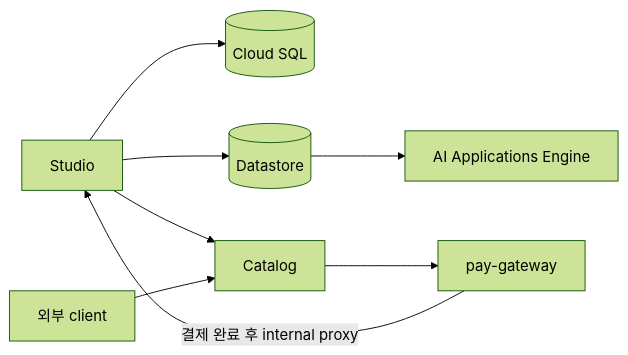
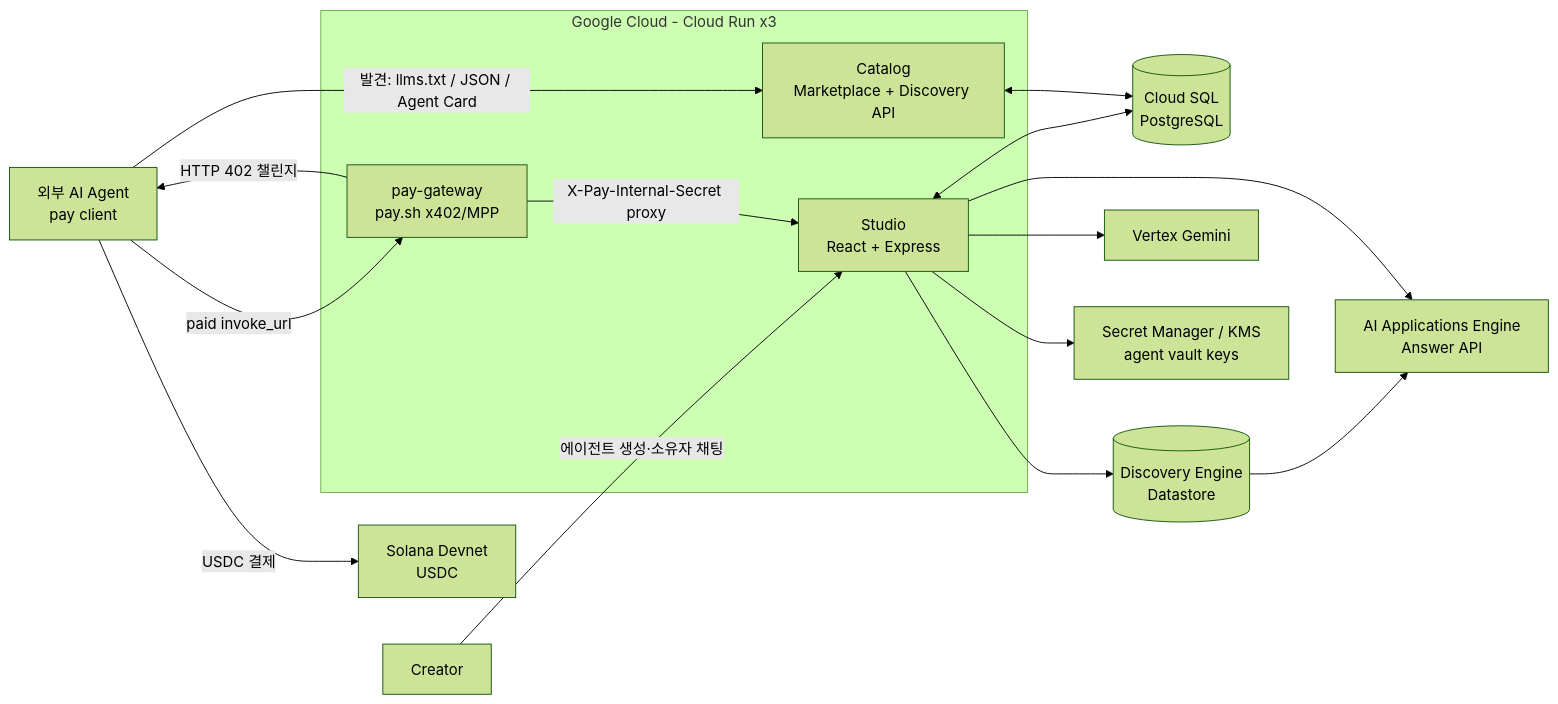
One commit to minvamos/solvamos-studio changed the first of 2 diagrams in README.md. Above: the diagram before and after it, drawn with Mermaid (forest theme). The commit also changed other lines of this file, not shown here.

````diff
--- a/README.md
+++ b/README.md
@@ -128,10 +105,33 @@
 ```mermaid
 flowchart LR
-  UI[Studio] --> DB[(Cloud SQL)]
-  UI --> DS[(Datastore)]
-  DS --> EN[AI Applications Engine]
-  UI --> CAT[Catalog]
-  Client[외부 client] --> CAT
-  CAT --> GW[pay-gateway]
-  GW -->|결제 완료 후 internal proxy| UI
+  U[Creator]
+  X[외부 AI Agent<br/>pay client]
+
+  subgraph GCP [Google Cloud - Cloud Run x3]
+    S[Studio<br/>React + Express]
+    C[Catalog<br/>Marketplace + Discovery API]
+    G[pay-gateway<br/>pay.sh x402/MPP]
+  end
+
+  DB[(Cloud SQL<br/>PostgreSQL)]
+  DS[(Discovery Engine<br/>Datastore)]
+  E[AI Applications Engine<br/>Answer API]
+  V[Vertex Gemini]
+  SM[Secret Manager / KMS<br/>agent vault keys]
+  SOL[Solana Devnet<br/>USDC]
+
+  U -->|에이전트 생성·소유자 채팅| S
+  X -->|발견: llms.txt / JSON / Agent Card| C
+  X -->|paid invoke_url| G
+  G -->|HTTP 402 챌린지| X
+  X -->|USDC 결제| SOL
+  G -->|X-Pay-Internal-Secret proxy| S
+
+  S <--> DB
+  C <--> DB
+  S --> DS
+  DS --> E
+  S --> E
+  S --> V
+  S --> SM
 ```
````
